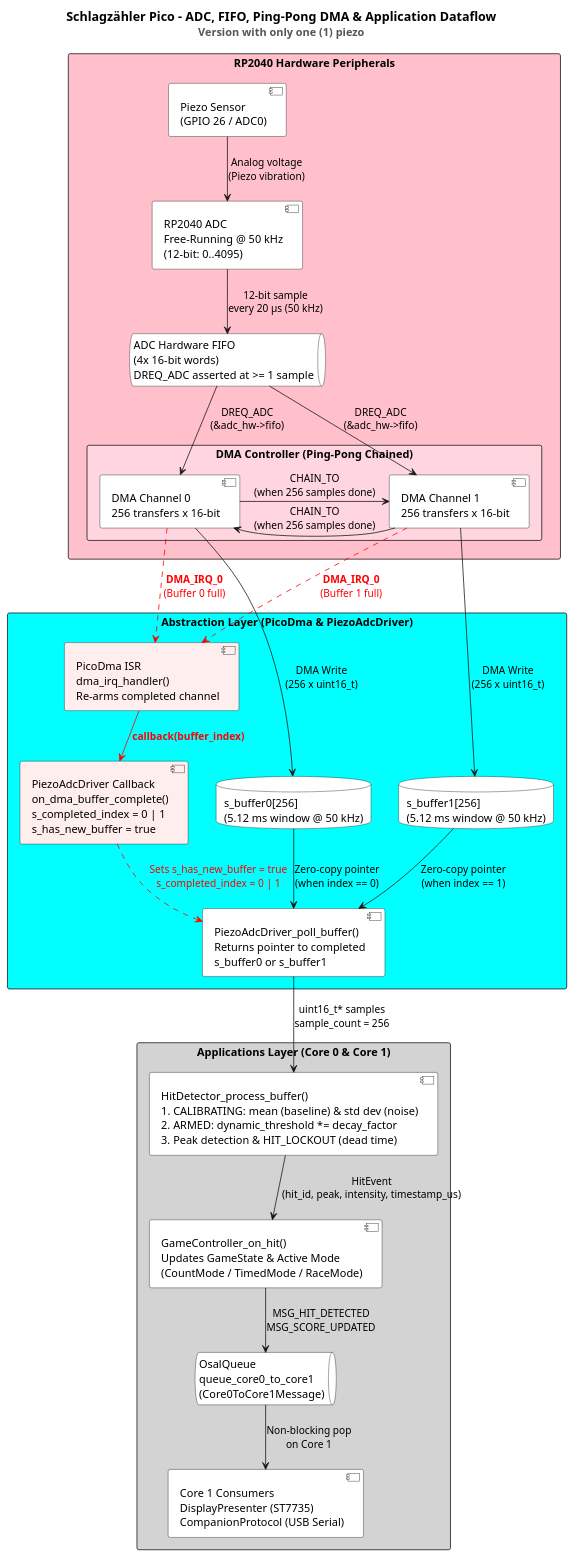
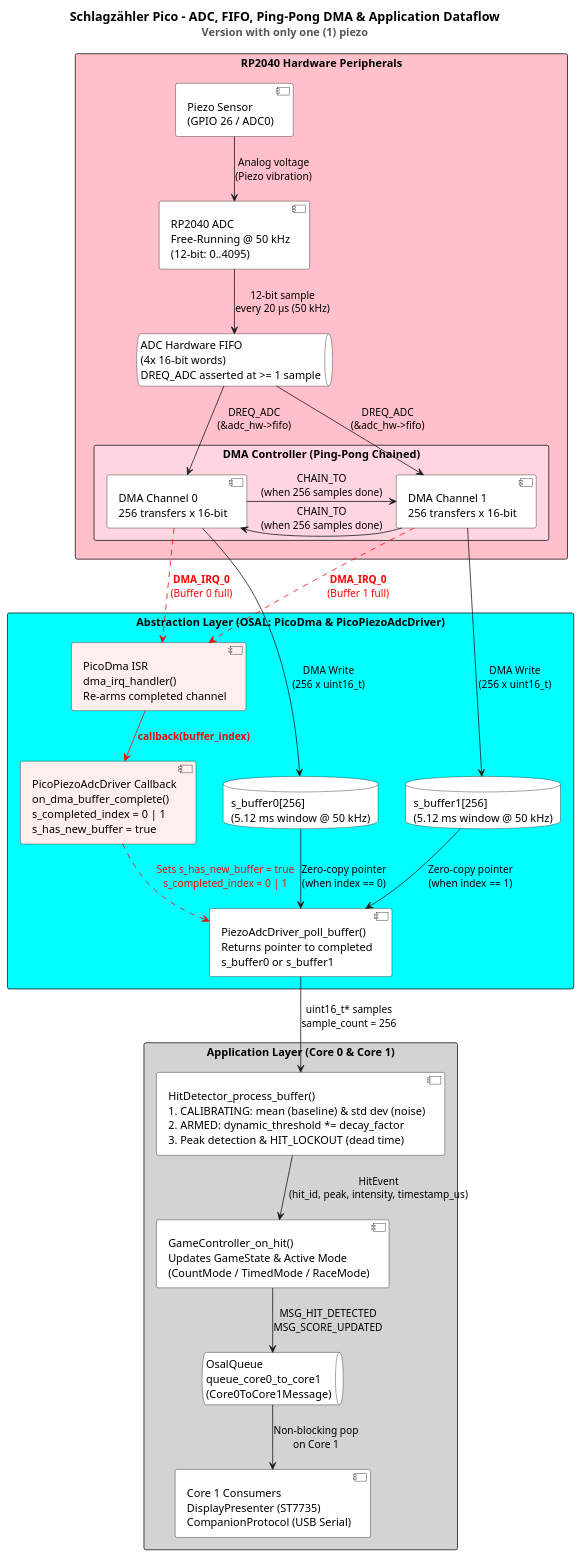
Before and after one commit to rafaelurben/raspberry-pi-pico-schlagzaehler: the diagram in docs/diagrams/dataflow_pico_adc_dma_1_piezo.puml, drawn with PlantUML. The commit also changed 4 other files, not shown here.

Commit message:
chore(docs): Standardise class naming in diagrams

```diff
--- a/docs/diagrams/dataflow_pico_adc_dma_1_piezo.puml
+++ b/docs/diagrams/dataflow_pico_adc_dma_1_piezo.puml
@@ -1,84 +1,84 @@
 @startuml
 title
   <size:16><b>Schlagzähler Pico – ADC, FIFO, Ping-Pong DMA & Application Dataflow</b></size>
   <size:14><color:#555555>Version with only one (1) piezo</color></size>
 end title
 
 top to bottom direction
 skinparam shadowing false
 skinparam packageStyle rectangle
 skinparam nodesep 35
 skinparam ranksep 45
 
 ' ============================================================================
 ' 1. HARDWARE PERIPHERALS (RP2040)
 ' ============================================================================
 package "RP2040 Hardware Peripherals" as HwLayer #Pink {
     component "Piezo Sensor\n(GPIO 26 / ADC0)" as Piezo #White
     component "RP2040 ADC\nFree-Running @ 50 kHz\n(12-bit: 0..4095)" as AdcHw #White
     queue "ADC Hardware FIFO\n(4x 16-bit words)\nDREQ_ADC asserted at >= 1 sample" as AdcFifo #White
 
     package "DMA Controller (Ping-Pong Chained)" as DmaHw #FFD6E0 {
         component "DMA Channel 0\n256 transfers x 16-bit" as DmaChan0 #White
         component "DMA Channel 1\n256 transfers x 16-bit" as DmaChan1 #White
     }
 }
 
 ' ============================================================================
 ' 2. ABSTRACTION LAYER (DMA RAM BUFFERS & DRIVER)
 ' ============================================================================
-package "Abstraction Layer (PicoDma & PiezoAdcDriver)" as AbsLayer #Cyan {
+package "Abstraction Layer (OSAL: PicoDma & PicoPiezoAdcDriver)" as AbsLayer #Cyan {
     database "s_buffer0[256]\n(5.12 ms window @ 50 kHz)" as Buf0 #White
     database "s_buffer1[256]\n(5.12 ms window @ 50 kHz)" as Buf1 #White
 
     component "PicoDma ISR\ndma_irq_handler()\nRe-arms completed channel" as PicoDmaIsr #FFEEEE
-    component "PiezoAdcDriver Callback\non_dma_buffer_complete()\ns_completed_index = 0 | 1\ns_has_new_buffer = true" as AdcDriverCb #FFEEEE
+    component "PicoPiezoAdcDriver Callback\non_dma_buffer_complete()\ns_completed_index = 0 | 1\ns_has_new_buffer = true" as AdcDriverCb #FFEEEE
     component "PiezoAdcDriver_poll_buffer()\nReturns pointer to completed\ns_buffer0 or s_buffer1" as PollBuffer #White
 }
 
 ' ============================================================================
 ' 3. APPLICATION LAYER (CORE 0 & CORE 1)
 ' ============================================================================
-package "Applications Layer (Core 0 & Core 1)" as AppLayer #LightGray {
+package "Application Layer (Core 0 & Core 1)" as AppLayer #LightGray {
     component "HitDetector_process_buffer()\n1. CALIBRATING: mean (baseline) & std dev (noise)\n2. ARMED: dynamic_threshold *= decay_factor\n3. Peak detection & HIT_LOCKOUT (dead time)" as HitDetector #White
     component "GameController_on_hit()\nUpdates GameState & Active Mode\n(CountMode / TimedMode / RaceMode)" as GameController #White
     queue "OsalQueue\nqueue_core0_to_core1\n(Core0ToCore1Message)" as InterCoreQueue #White
     component "Core 1 Consumers\nDisplayPresenter (ST7735)\nCompanionProtocol (USB Serial)" as Core1Consumers #White
 }
 
 ' ============================================================================
 ' DATAFLOW CONNECTIONS
 ' ============================================================================
 
 ' Analog to ADC to FIFO
 Piezo -down-> AdcHw : Analog voltage\n(Piezo vibration)
 AdcHw -down-> AdcFifo : 12-bit sample\nevery 20 µs (50 kHz)
 
 ' FIFO to DMA via DREQ_ADC
 AdcFifo -down-> DmaChan0 : DREQ_ADC\n(&adc_hw->fifo)
 AdcFifo -down-> DmaChan1 : DREQ_ADC\n(&adc_hw->fifo)
 
 ' Ping-Pong Chaining between DMA Channel 0 and Channel 1
 DmaChan0 -right-> DmaChan1 : CHAIN_TO\n(when 256 samples done)
 DmaChan1 -left-> DmaChan0 : CHAIN_TO\n(when 256 samples done)
 
 ' DMA writes to RAM buffers
 DmaChan0 -down-> Buf0 : DMA Write\n(256 x uint16_t)
 DmaChan1 -down-> Buf1 : DMA Write\n(256 x uint16_t)
 
 ' Hardware Interrupt Path in RED
-DmaChan0 .[#Red]down.> PicoDmaIsr : <color:Red><b>DMA_IRQ_0</b>\n<color:Red>(Buffer 0 full)</color>
-DmaChan1 .[#Red]down.> PicoDmaIsr : <color:Red><b>DMA_IRQ_0</b>\n<color:Red>(Buffer 1 full)</color>
+DmaChan0 .[#Red]down.> PicoDmaIsr : <color:Red><b>DMA_IRQ_0</b></color>\n<color:Red>(Buffer 0 full)</color>
+DmaChan1 .[#Red]down.> PicoDmaIsr : <color:Red><b>DMA_IRQ_0</b></color>\n<color:Red>(Buffer 1 full)</color>
 PicoDmaIsr -[#Red]down-> AdcDriverCb : <color:Red><b>callback(buffer_index)</b></color>
-AdcDriverCb .[#Red]down.> PollBuffer : <color:Red>Sets s_has_new_buffer = true\n<color:Red>s_completed_index = 0 | 1</color>
+AdcDriverCb .[#Red]down.> PollBuffer : <color:Red>Sets s_has_new_buffer = true</color>\n<color:Red>s_completed_index = 0 | 1</color>
 
 ' Zero-copy buffer pointer handoff to Core 0 loop
 Buf0 -down-> PollBuffer : Zero-copy pointer\n(when index == 0)
 Buf1 -down-> PollBuffer : Zero-copy pointer\n(when index == 1)
 
 PollBuffer -down-> HitDetector : uint16_t* samples\nsample_count = 256
 HitDetector -down-> GameController : HitEvent\n(hit_id, peak, intensity, timestamp_us)
 GameController -down-> InterCoreQueue : MSG_HIT_DETECTED\nMSG_SCORE_UPDATED
 InterCoreQueue -down-> Core1Consumers : Non-blocking pop\non Core 1
 
 @enduml
```
